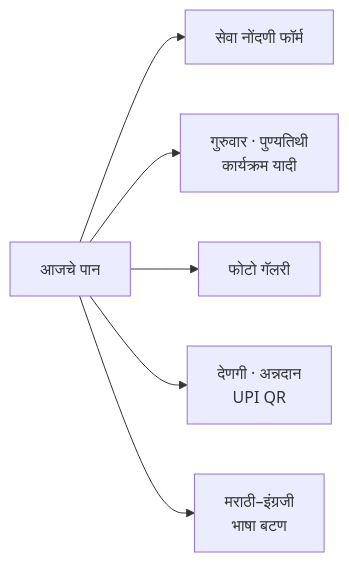
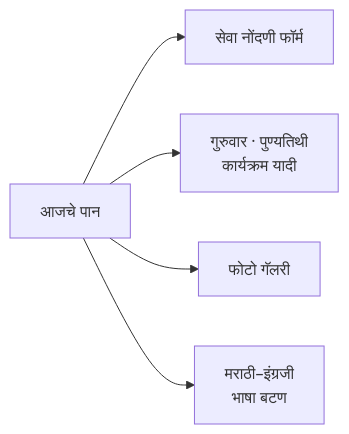
The fourth of 4 diagrams in PLAN.md (printshop39-byte/kotitirth-seva-kendra), drawn with Mermaid before and after one commit. The commit also changed 3 other files, not shown here.

````diff
--- a/PLAN.md
+++ b/PLAN.md
@@ -144,8 +144,7 @@
 ```mermaid
 flowchart LR
     A["आजचे पान"] --> B["सेवा नोंदणी फॉर्म"]
     A --> C["गुरुवार · पुण्यतिथी<br/>कार्यक्रम यादी"]
     A --> D["फोटो गॅलरी"]
-    A --> E["देणगी · अन्नदान<br/>UPI QR"]
     A --> F["मराठी–इंग्रजी<br/>भाषा बटण"]
 ```
````
